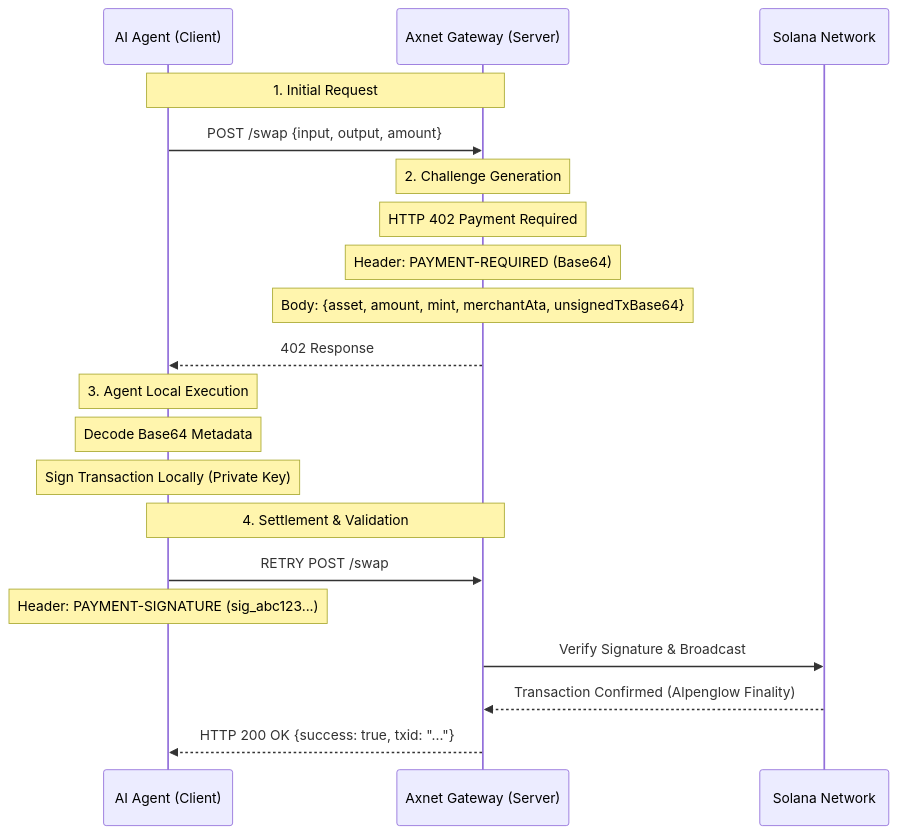
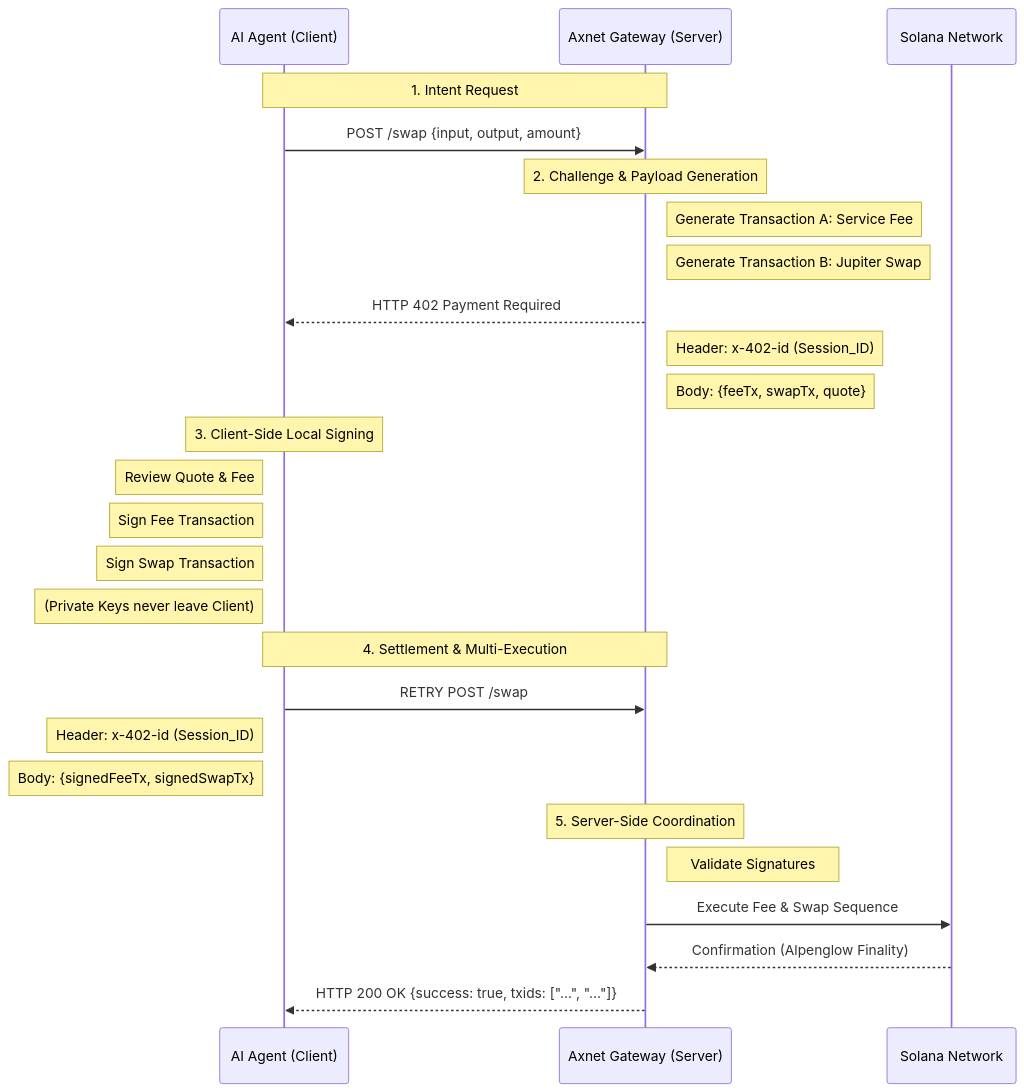
Before and after one commit to axnetfun/axnet-protocol: the diagram in README.md, drawn with Mermaid. The commit also changed other lines of this file, not shown here.

````diff
--- a/README.md
+++ b/README.md
@@ -20,28 +61,34 @@
 ```mermaid
 sequenceDiagram
     participant A as AI Agent (Client)
     participant G as Axnet Gateway (Server)
     participant S as Solana Network
 
-    Note over A, G: 1. Initial Request
+    Note over A, G: 1. Intent Request
     A->>G: POST /swap {input, output, amount}
+    
+    Note over G: 2. Challenge & Payload Generation
+    Note right of G: Generate Transaction A: Service Fee
+    Note right of G: Generate Transaction B: Jupiter Swap
+    G-->>A: HTTP 402 Payment Required
+    Note right of G: Header: x-402-id (Session_ID)
+    Note right of G: Body: {feeTx, swapTx, quote}
 
-    Note over G: 2. Challenge Generation
-    Note over G: HTTP 402 Payment Required
-    Note over G: Header: PAYMENT-REQUIRED (Base64)
-    Note over G: Body: {asset, amount, mint, merchantAta, unsignedTxBase64}
-    G-->>A: 402 Response
+    Note over A: 3. Client-Side Local Signing
+    Note left of A: Review Quote & Fee
+    Note left of A: Sign Fee Transaction
+    Note left of A: Sign Swap Transaction
+    Note left of A: (Private Keys never leave Client)
 
-    Note over A: 3. Agent Local Execution
-    Note over A: Decode Base64 Metadata
-    Note over A: Sign Transaction Locally (Private Key)
-
-    Note over A, G: 4. Settlement & Validation
+    Note over A, G: 4. Settlement & Multi-Execution
     A->>G: RETRY POST /swap
-    Note over A: Header: PAYMENT-SIGNATURE (sig_abc123...)
+    Note left of A: Header: x-402-id (Session_ID)
+    Note left of A: Body: {signedFeeTx, signedSwapTx}
     
-    G->>S: Verify Signature & Broadcast
-    S-->>G: Transaction Confirmed (Alpenglow Finality)
+    Note over G: 5. Server-Side Coordination
+    Note right of G: Validate Signatures
+    G->>S: Execute Fee & Swap Sequence
+    S-->>G: Confirmation (Alpenglow Finality)
     
-    G-->>A: HTTP 200 OK {success: true, txid: "..."}
+    G-->>A: HTTP 200 OK {success: true, txids: ["...", "..."]}
 ```
````
